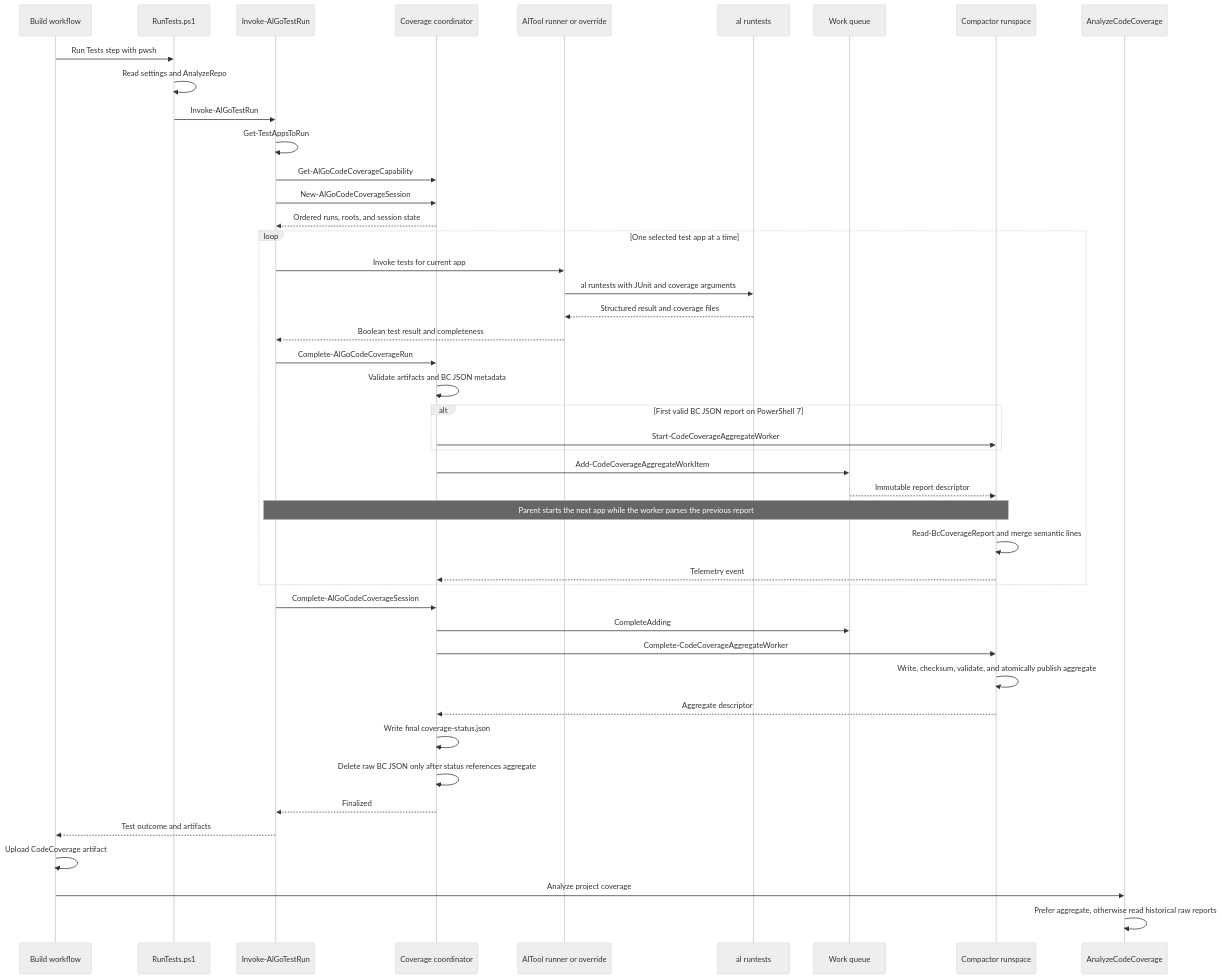
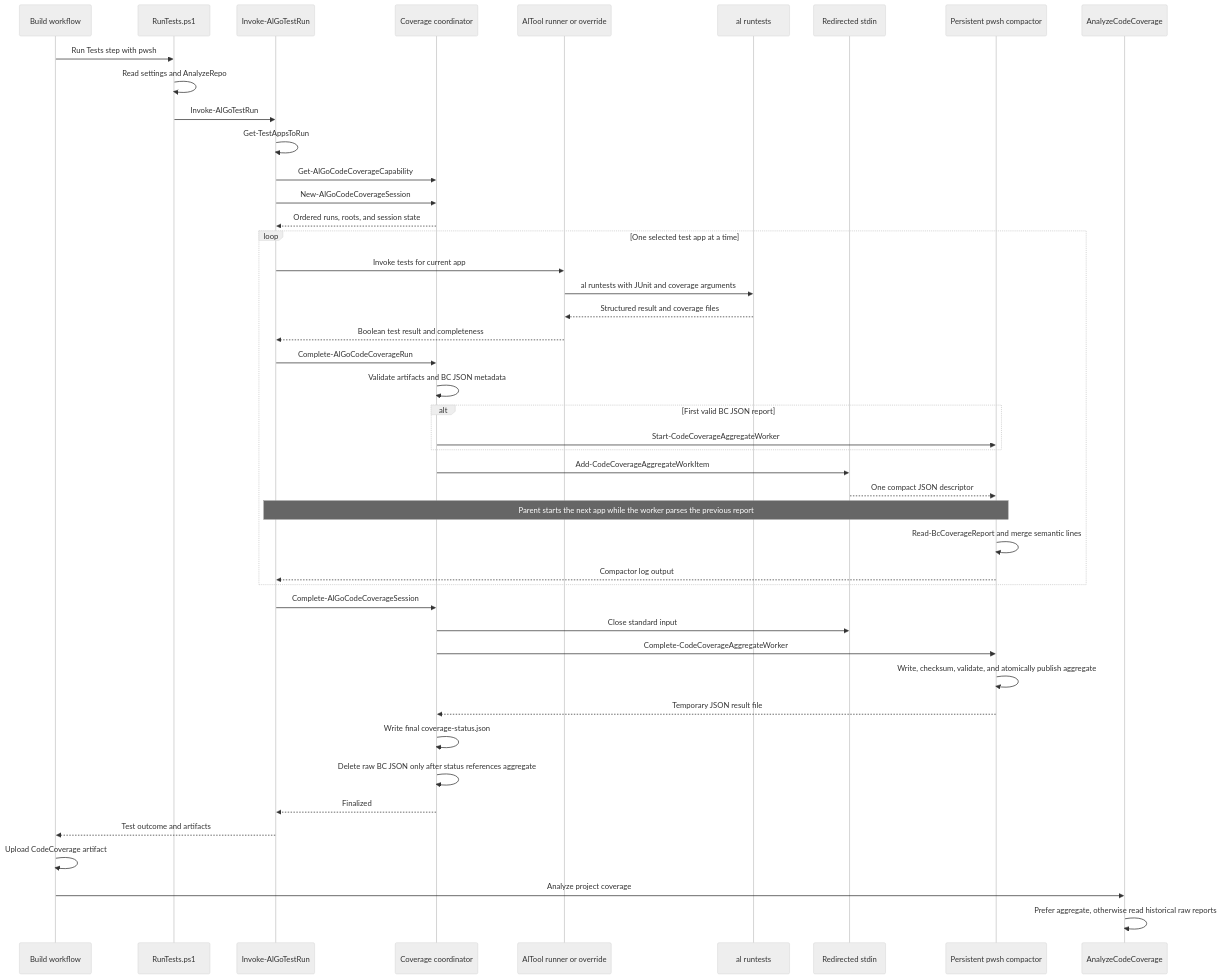
Before and after one commit to microsoft/AL-Go: the second of 2 diagrams in Actions/RunTests/CodeCoverageArchitecture.md, drawn with Mermaid (neutral theme). The commit also changed other lines of this file and 7 other files, not shown here.

Commit message:
Run worker on pwsh and change worker communication strategy.

````diff
--- a/Actions/RunTests/CodeCoverageArchitecture.md
+++ b/Actions/RunTests/CodeCoverageArchitecture.md
@@ -61,50 +61,50 @@
 ```mermaid
 sequenceDiagram
     participant Workflow as Build workflow
     participant Entry as RunTests.ps1
     participant RunTests as Invoke-AlGoTestRun
     participant Coordinator as Coverage coordinator
     participant Runner as AlTool runner or override
     participant AlTool as al runtests
-    participant Queue as Work queue
-    participant Worker as Compactor runspace
+    participant Pipe as Redirected stdin
+    participant Worker as Persistent pwsh compactor
     participant Analyzer as AnalyzeCodeCoverage
 
     Workflow->>Entry: Run Tests step with pwsh
     Entry->>Entry: Read settings and AnalyzeRepo
     Entry->>RunTests: Invoke-AlGoTestRun
     RunTests->>RunTests: Get-TestAppsToRun
     RunTests->>Coordinator: Get-AlGoCodeCoverageCapability
     RunTests->>Coordinator: New-AlGoCodeCoverageSession
     Coordinator-->>RunTests: Ordered runs, roots, and session state
 
     loop One selected test app at a time
         RunTests->>Runner: Invoke tests for current app
         Runner->>AlTool: al runtests with JUnit and coverage arguments
         AlTool-->>Runner: Structured result and coverage files
         Runner-->>RunTests: Boolean test result and completeness
         RunTests->>Coordinator: Complete-AlGoCodeCoverageRun
         Coordinator->>Coordinator: Validate artifacts and BC JSON metadata
-        alt First valid BC JSON report on PowerShell 7
+        alt First valid BC JSON report
             Coordinator->>Worker: Start-CodeCoverageAggregateWorker
         end
-        Coordinator->>Queue: Add-CodeCoverageAggregateWorkItem
-        Queue-->>Worker: Immutable report descriptor
+        Coordinator->>Pipe: Add-CodeCoverageAggregateWorkItem
+        Pipe-->>Worker: One compact JSON descriptor
         Note over RunTests,Worker: Parent starts the next app while the worker parses the previous report
         Worker->>Worker: Read-BcCoverageReport and merge semantic lines
-        Worker-->>Coordinator: Telemetry event
+        Worker-->>RunTests: Compactor log output
     end
 
     RunTests->>Coordinator: Complete-AlGoCodeCoverageSession
-    Coordinator->>Queue: CompleteAdding
+    Coordinator->>Pipe: Close standard input
     Coordinator->>Worker: Complete-CodeCoverageAggregateWorker
     Worker->>Worker: Write, checksum, validate, and atomically publish aggregate
-    Worker-->>Coordinator: Aggregate descriptor
+    Worker-->>Coordinator: Temporary JSON result file
     Coordinator->>Coordinator: Write final coverage-status.json
     Coordinator->>Coordinator: Delete raw BC JSON only after status references aggregate
     Coordinator-->>RunTests: Finalized
     RunTests-->>Workflow: Test outcome and artifacts
     Workflow->>Workflow: Upload CodeCoverage artifact
     Workflow->>Analyzer: Analyze project coverage
     Analyzer->>Analyzer: Prefer aggregate, otherwise read historical raw reports
 ```
````
